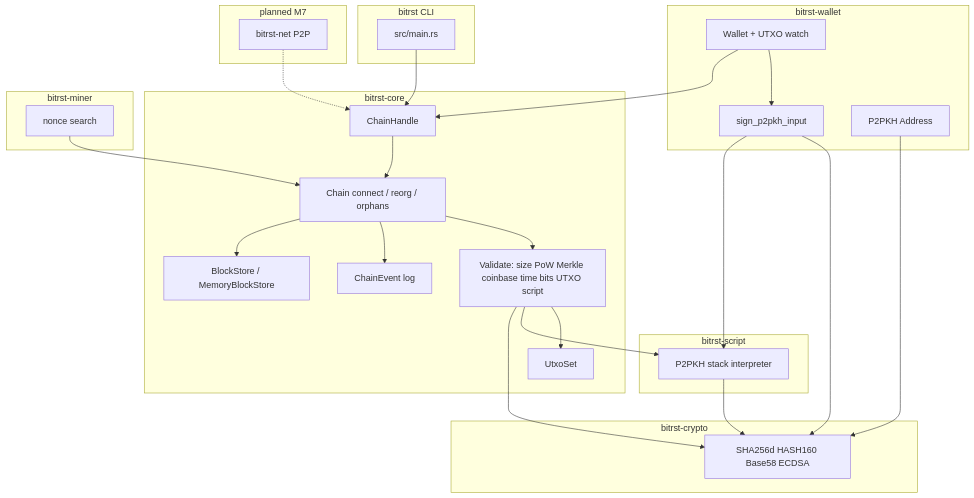
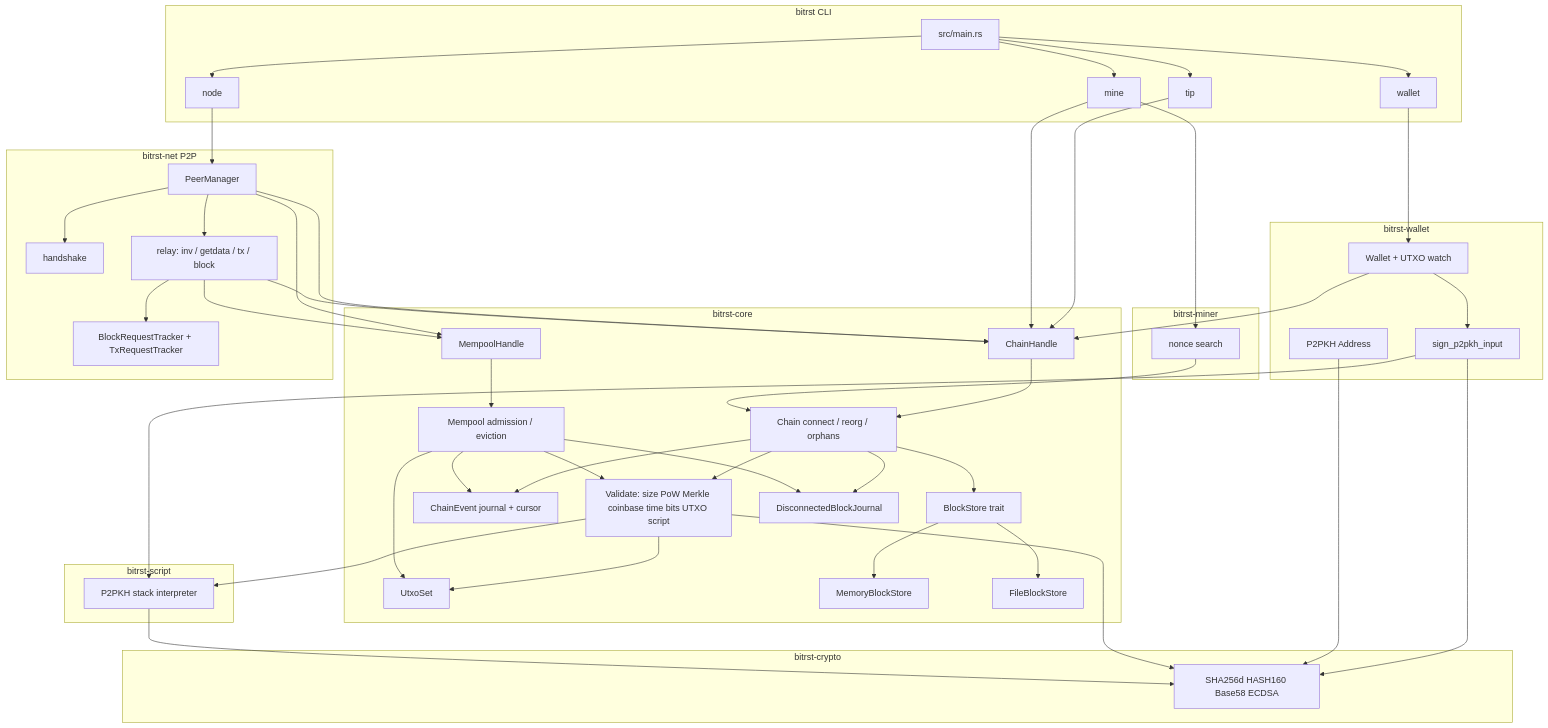
The diagram in docs/architecture-diagram.mmd (akshitj11/bitrst), drawn with Mermaid before and after one commit. The commit also changed 1 other file, not shown here.

Commit message:
docs: refresh architecture for mempool, store, and relay
Document FileBlockStore, mempool admission, and P2P tx/block relay paths
in the diagram and architecture write-up.

```diff
--- a/docs/architecture-diagram.mmd
+++ b/docs/architecture-diagram.mmd
@@ -1,52 +1,86 @@
 flowchart TB
   subgraph cli [bitrst CLI]
     Main[src/main.rs]
+    Tip[tip]
+    Mine[mine]
+    Wallet[wallet]
+    NodeCmd[node]
   end
 
   subgraph wallet_layer [bitrst-wallet]
-    Wallet[Wallet + UTXO watch]
+    WalletCore[Wallet + UTXO watch]
     Sign[sign_p2pkh_input]
     Addr[P2PKH Address]
   end
 
   subgraph core [bitrst-core]
     Handle[ChainHandle]
     Chain[Chain connect / reorg / orphans]
     Validate[Validate: size PoW Merkle coinbase time bits UTXO script]
     Utxo[UtxoSet]
-    Events[ChainEvent log]
-    Store[BlockStore / MemoryBlockStore]
+  Events[ChainEvent journal + cursor]
+    Mempool[Mempool admission / eviction]
+    MempoolH[MempoolHandle]
+    StoreTrait[BlockStore trait]
+    MemStore[MemoryBlockStore]
+    FileStore[FileBlockStore]
+    DiscJournal[DisconnectedBlockJournal]
   end
 
   subgraph script [bitrst-script]
     VM[P2PKH stack interpreter]
   end
 
   subgraph crypto [bitrst-crypto]
     Hash[SHA256d HASH160 Base58 ECDSA]
   end
 
   subgraph miner [bitrst-miner]
-    Mine[nonce search]
+    MineCrate[nonce search]
   end
 
-  subgraph future [planned M7]
-    Net[bitrst-net P2P]
+  subgraph net [bitrst-net P2P]
+    PM[PeerManager]
+    HS[handshake]
+    Relay[relay: inv / getdata / tx / block]
+    Track[BlockRequestTracker + TxRequestTracker]
   end
 
-  Main --> Handle
-  Wallet --> Sign
-  Wallet --> Handle
+  Main --> Tip
+  Main --> Mine
+  Main --> Wallet
+  Main --> NodeCmd
+  Tip --> Handle
+  Mine --> Handle
+  Mine --> MineCrate
+  Wallet --> WalletCore
+  WalletCore --> Sign
+  WalletCore --> Handle
   Sign --> Hash
   Sign --> VM
   Addr --> Hash
+  NodeCmd --> PM
   Handle --> Chain
   Chain --> Validate
   Validate --> Utxo
   Validate --> VM
   Validate --> Hash
   Chain --> Events
-  Chain --> Store
+  Chain --> StoreTrait
+  Chain --> DiscJournal
+  StoreTrait --> MemStore
+  StoreTrait --> FileStore
+  MempoolH --> Mempool
+  Mempool --> Validate
+  Mempool --> Utxo
+  Mempool --> Events
+  Mempool --> DiscJournal
   VM --> Hash
-  Mine --> Chain
-  Net -.-> Handle
+  MineCrate --> Chain
+  PM --> HS
+  PM --> Relay
+  PM --> Handle
+  PM --> MempoolH
+  Relay --> Track
+  Relay --> Handle
+  Relay --> MempoolH
```
